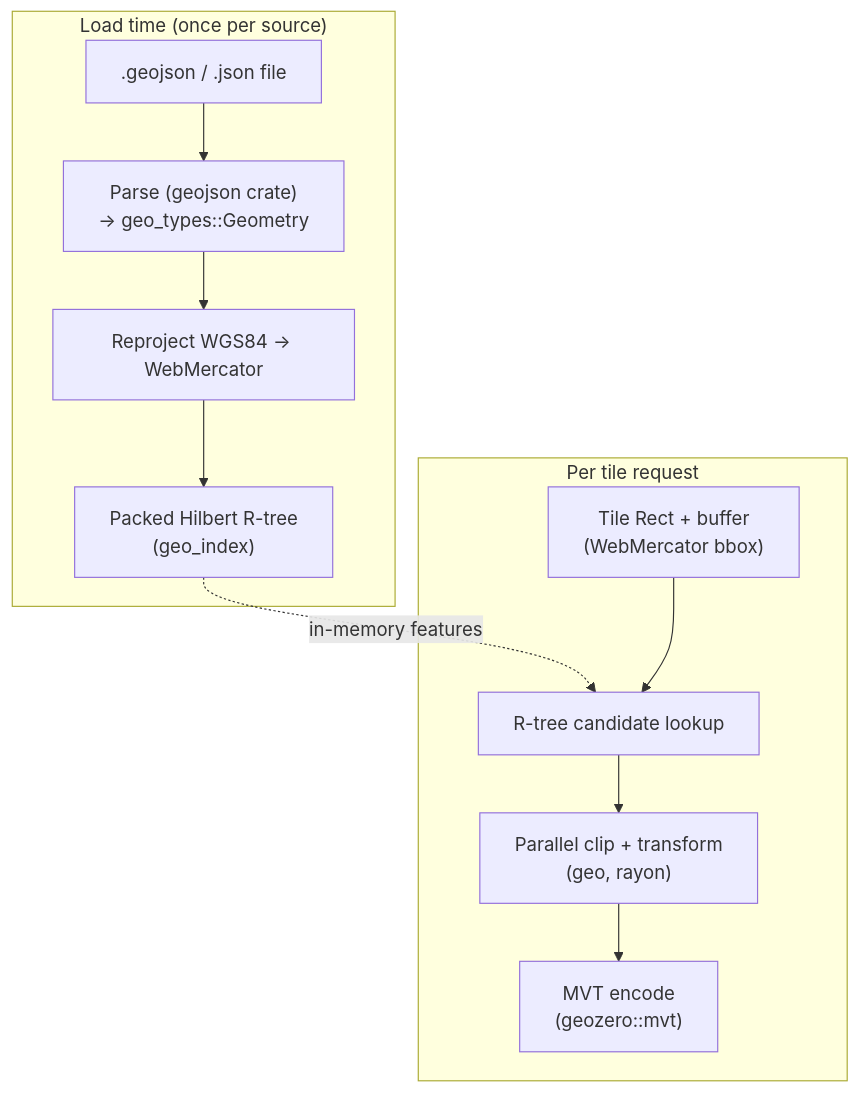
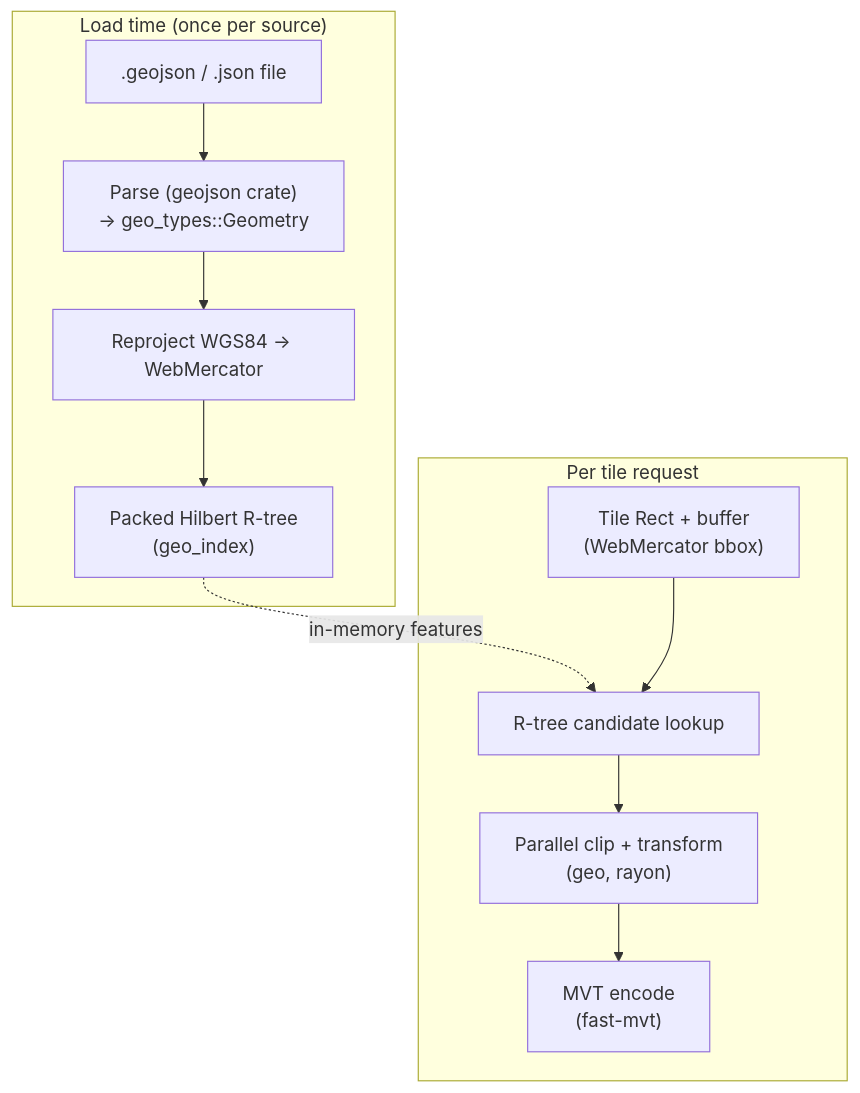
One commit to maplibre/martin changed the seventh of 7 diagrams in docs/content/architecture.md. Above: the diagram before and after it, drawn with Mermaid. The commit also changed other lines of this file and 2 other files, not shown here.

Commit message:
chore: address feedback from fast-mvt migration

````diff
--- a/docs/content/architecture.md
+++ b/docs/content/architecture.md
@@ -433,20 +433,20 @@
     ```mermaid
     graph TB
         subgraph Load["Load time (once per source)"]
             File[".geojson / .json file"]
             Parse["Parse (geojson crate)<br/>-> geo_types::Geometry"]
             Reproject["Reproject WGS84 -> WebMercator"]
             RTree["Packed Hilbert R-tree<br/>(geo_index)"]
         end
 
         subgraph Request["Per tile request"]
             Rect["Tile Rect + buffer<br/>(WebMercator bbox)"]
             Query["R-tree candidate lookup"]
             Clip["Parallel clip + transform<br/>(geo, rayon)"]
-            Encode["MVT encode<br/>(geozero::mvt)"]
+            Encode["MVT encode<br/>(fast-mvt)"]
         end
 
         File --> Parse --> Reproject --> RTree
         RTree -.->|in-memory features| Query
         Rect --> Query --> Clip --> Encode
     ```
````
